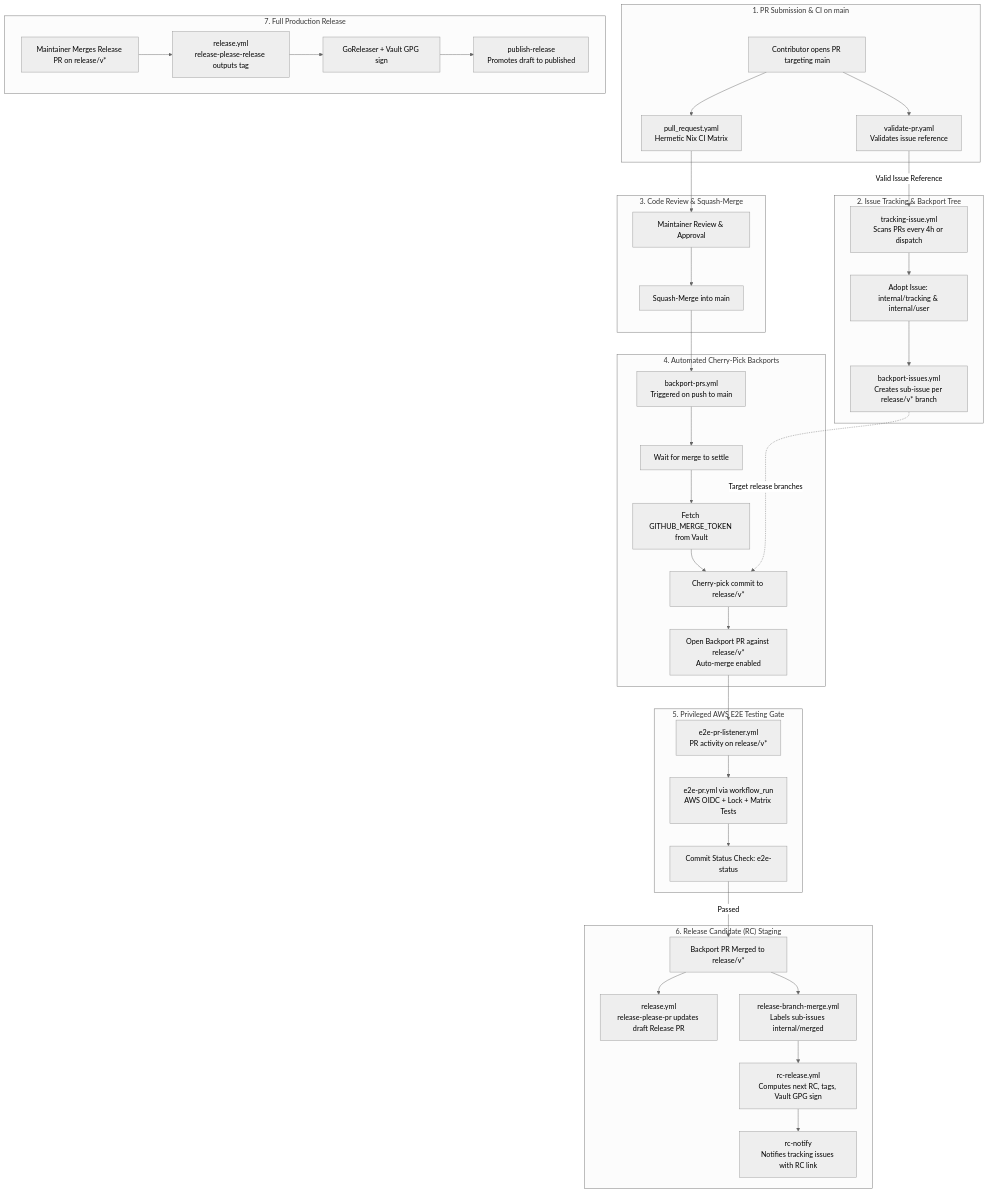
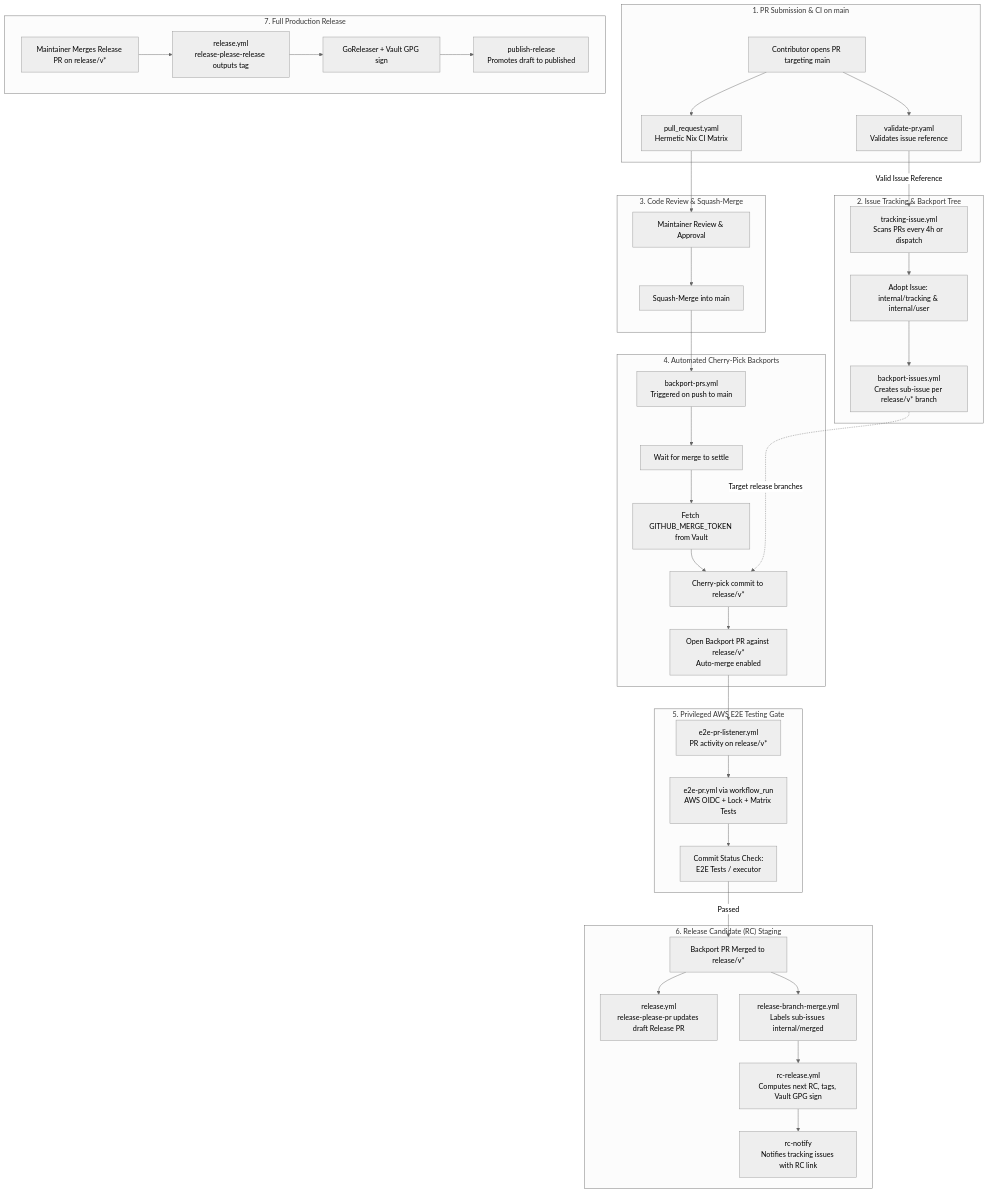
The diagram in docs/development/GitHubWorkflows/Overview.md (rancher/terraform-provider-rancher2), drawn with Mermaid (neutral theme) before and after one commit. The commit also changed other lines of this file and 3 other files, not shown here.

````diff
--- a/docs/development/GitHubWorkflows/Overview.md
+++ b/docs/development/GitHubWorkflows/Overview.md
@@ -25,61 +25,61 @@
 ```mermaid
 flowchart TD
     subgraph Stage1["1. PR Submission & CI on main"]
         PR[Contributor opens PR targeting main]
         VAL[validate-pr.yaml<br/>Validates issue reference]
         CI[pull_request.yaml<br/>Hermetic Nix CI Matrix]
         PR --> VAL
         PR --> CI
     end
 
     subgraph Stage2["2. Issue Tracking & Backport Tree"]
         TRACK[tracking-issue.yml<br/>Scans PRs every 4h or dispatch]
         ADOPT[Adopt Issue: internal/tracking & internal/user]
         SUB[backport-issues.yml<br/>Creates sub-issue per release/v* branch]
         VAL -->|Valid Issue Reference| TRACK
         TRACK --> ADOPT --> SUB
     end
 
     subgraph Stage3["3. Code Review & Squash-Merge"]
         REV[Maintainer Review & Approval]
         SQUASH[Squash-Merge into main]
         CI --> REV
         REV --> SQUASH
     end
 
     subgraph Stage4["4. Automated Cherry-Pick Backports"]
         BP_PUSH[backport-prs.yml<br/>Triggered on push to main]
         SETTLE[Wait for merge to settle]
         VAULT_TOKEN[Fetch GITHUB_MERGE_TOKEN from Vault]
         CP[Cherry-pick commit to release/v*]
         BPR[Open Backport PR against release/v*<br/>Auto-merge enabled]
         SQUASH --> BP_PUSH --> SETTLE --> VAULT_TOKEN --> CP --> BPR
         SUB -.->|Target release branches| CP
     end
 
     subgraph Stage5["5. Privileged AWS E2E Testing Gate"]
         LISTEN[e2e-pr-listener.yml<br/>PR activity on release/v*]
         E2E[e2e-pr.yml via workflow_run<br/>AWS OIDC + Lock + Matrix Tests]
-        STATUS[Commit Status Check: e2e-status]
+        STATUS[Commit Status Check:<br/>E2E Tests / executor]
         BPR --> LISTEN --> E2E --> STATUS
     end
 
     subgraph Stage6["6. Release Candidate (RC) Staging"]
         MERGE_BP[Backport PR Merged to release/v*]
         RP_DRAFT[release.yml<br/>release-please-pr updates draft Release PR]
         RBM[release-branch-merge.yml<br/>Labels sub-issues internal/merged]
         RC[rc-release.yml<br/>Computes next RC, tags, Vault GPG sign]
         NOTIFY[rc-notify<br/>Notifies tracking issues with RC link]
         STATUS -->|Passed| MERGE_BP
         MERGE_BP --> RP_DRAFT
         MERGE_BP --> RBM --> RC --> NOTIFY
     end
 
     subgraph Stage7["7. Full Production Release"]
         RP_MERGE[Maintainer Merges Release PR on release/v*]
         REL[release.yml<br/>release-please-release outputs tag]
         GORELEASER[GoReleaser + Vault GPG sign]
         PUB[publish-release<br/>Promotes draft to published]
         RP_MERGE --> REL --> GORELEASER --> PUB
     end
 ```
````
